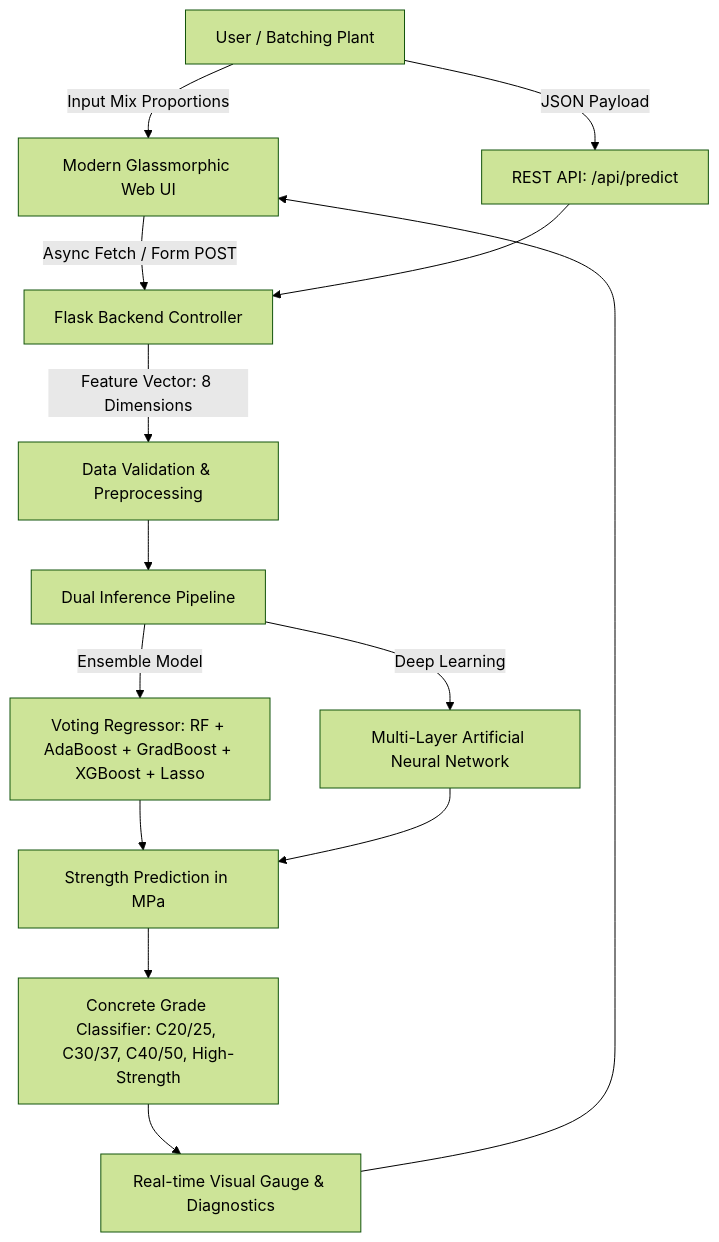
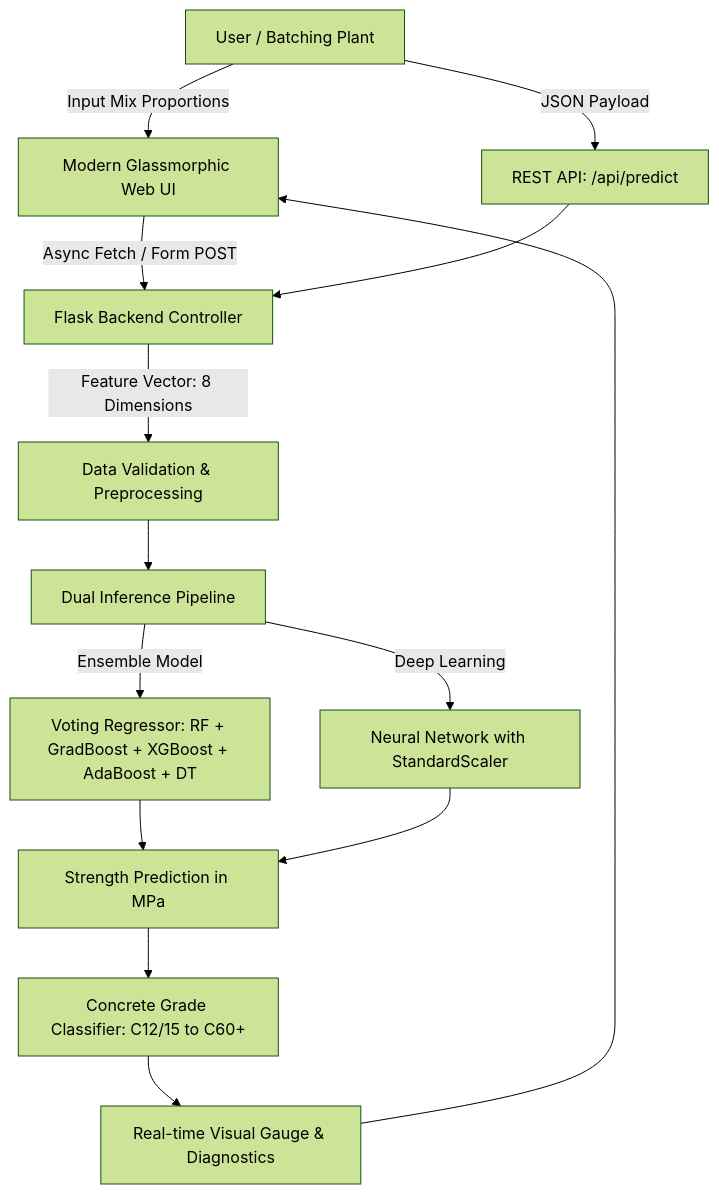
One commit to Akhassan12/Concrete-Strength-Prediction changed the diagram in README.md. Above: the diagram before and after it, drawn with Mermaid (forest theme). The commit also changed other lines of this file and 10 other files, not shown here.

Commit message:
feat: add model evaluation script, scaler support for neural network, and robust error handling in prediction pipeline

````diff
--- a/README.md
+++ b/README.md
@@ -29,16 +29,16 @@
 ```mermaid
 graph TD
     A[User / Batching Plant] -->|Input Mix Proportions| B[Modern Glassmorphic Web UI]
     A -->|JSON Payload| C[REST API: /api/predict]
     B -->|Async Fetch / Form POST| D[Flask Backend Controller]
     C --> D
     D -->|Feature Vector: 8 Dimensions| E[Data Validation & Preprocessing]
     E --> F[Dual Inference Pipeline]
-    F -->|Ensemble Model| G[Voting Regressor: RF + AdaBoost + GradBoost + XGBoost + Lasso]
-    F -->|Deep Learning| H[Multi-Layer Artificial Neural Network]
+    F -->|Ensemble Model| G[Voting Regressor: RF + GradBoost + XGBoost + AdaBoost + DT]
+    F -->|Deep Learning| H[Neural Network with StandardScaler]
     G --> I[Strength Prediction in MPa]
     H --> I
-    I --> J[Concrete Grade Classifier: C20/25, C30/37, C40/50, High-Strength]
+    I --> J[Concrete Grade Classifier: C12/15 to C60+]
     J --> K[Real-time Visual Gauge & Diagnostics]
     K --> B
 ```
````
